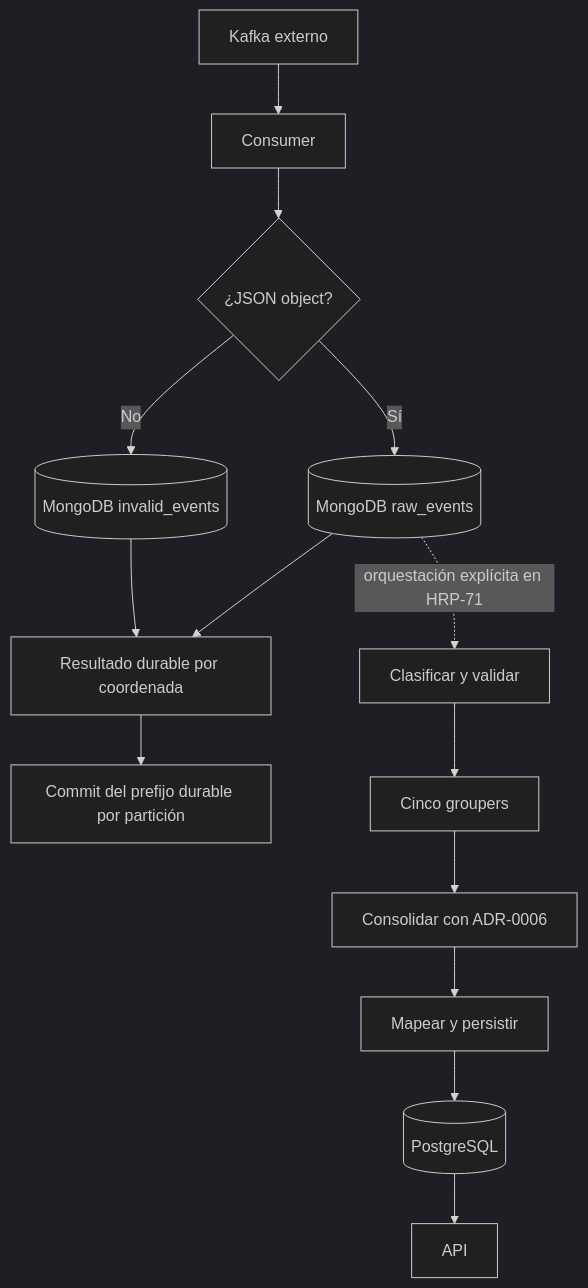
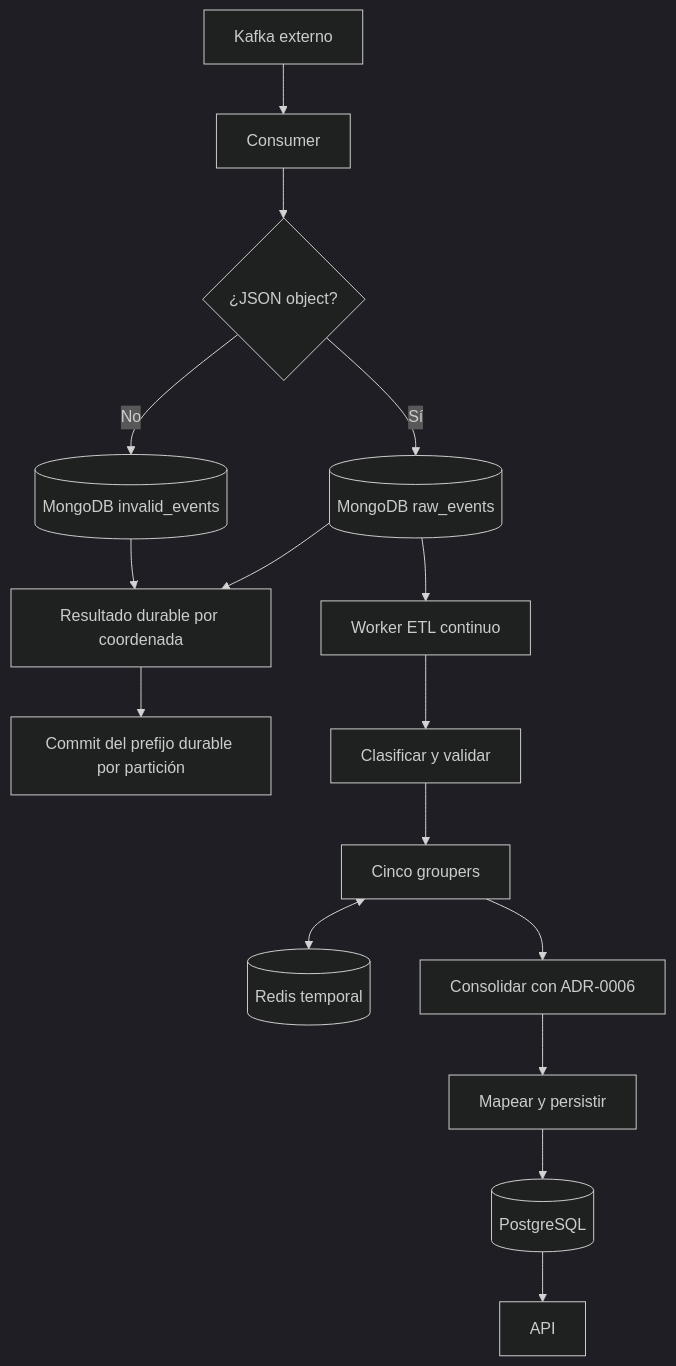
Before and after one commit to Bootcamp-IA-MAD-P7/Proyecto-DataEngineer-Grupo1: the diagram in docs/01-architecture.md, drawn with Mermaid (dark theme). The commit also changed other lines of this file and 24 other files, not shown here.

````diff
--- a/docs/01-architecture.md
+++ b/docs/01-architecture.md
@@ -20,16 +21,18 @@
 ```mermaid
 flowchart TD
     K["Kafka externo"] --> I["Consumer"]
     I --> V{"¿JSON object?"}
     V -->|Sí| M[("MongoDB raw_events")]
     V -->|No| X[("MongoDB invalid_events")]
     M --> D["Resultado durable por coordenada"]
     X --> D
     D --> C["Commit del prefijo durable por partición"]
-    M -. "orquestación explícita en HRP-71" .-> T["Clasificar y validar"]
+    M --> E["Worker ETL continuo"]
+    E --> T["Clasificar y validar"]
     T --> G["Cinco groupers"]
+    G <--> R[("Redis temporal")]
     G --> U["Consolidar con ADR-0006"]
     U --> P["Mapear y persistir"]
     P --> S[("PostgreSQL")]
     S --> A["API"]
 ```
````
